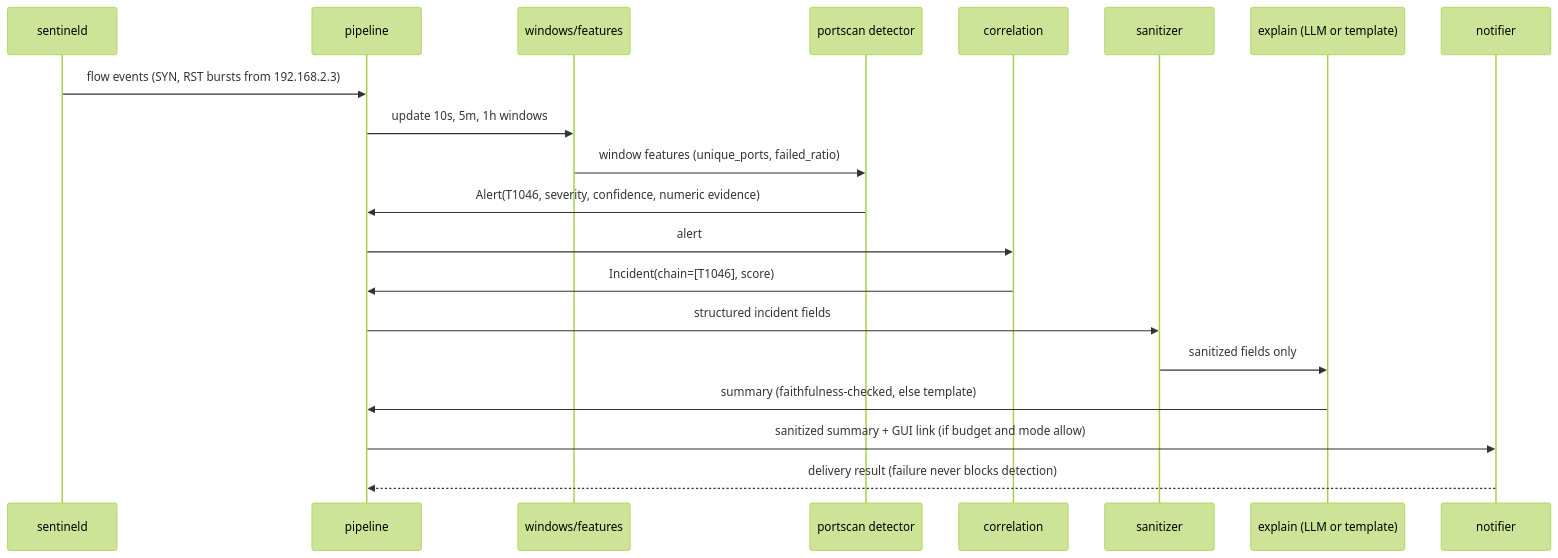
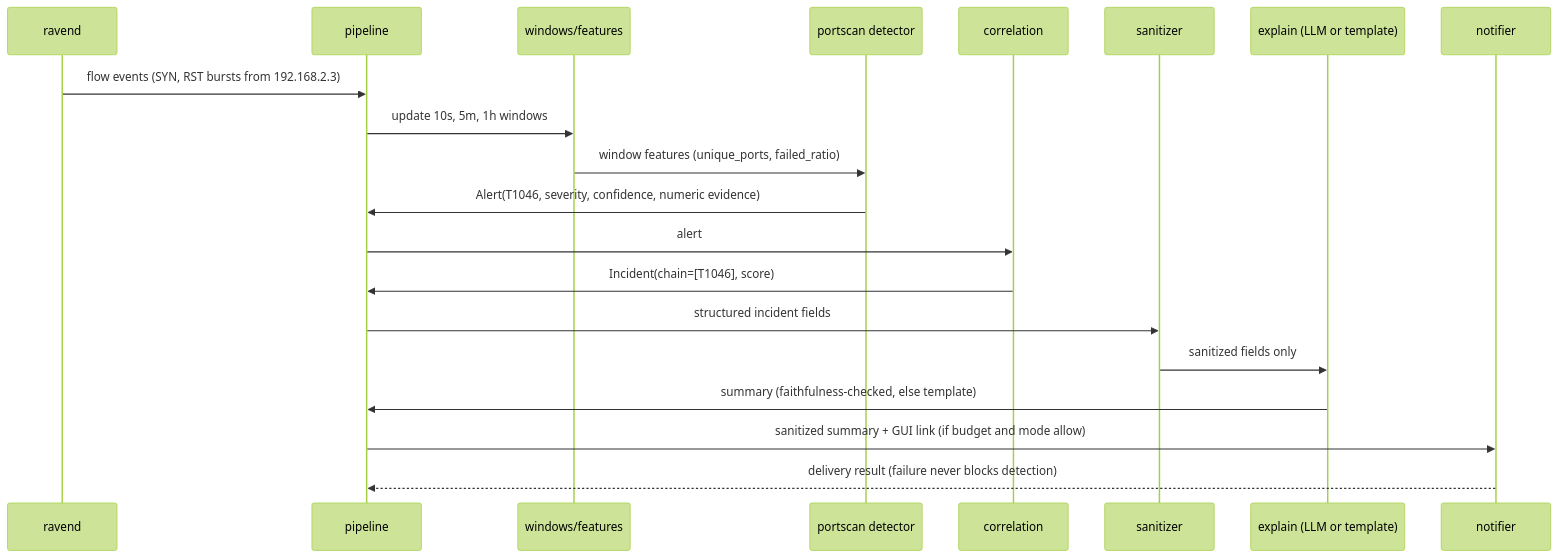
One commit to MRX-72/Hackt0b3r changed the diagram in docs/diagrams/07-detection-sequence.mmd. Above: the diagram before and after it, drawn with Mermaid (forest theme). The commit also changed 156 other files, not shown here.

```diff
--- a/docs/diagrams/07-detection-sequence.mmd
+++ b/docs/diagrams/07-detection-sequence.mmd
@@ -1,21 +1,21 @@
 %% 07 Sequence: a port scan from one host to an incident and a notification
 sequenceDiagram
-  participant S as sentineld
+  participant S as ravend
   participant P as pipeline
   participant W as windows/features
   participant D as portscan detector
   participant C as correlation
   participant Z as sanitizer
   participant E as explain (LLM or template)
   participant N as notifier
   S->>P: flow events (SYN, RST bursts from 192.168.2.3)
   P->>W: update 10s, 5m, 1h windows
   W->>D: window features (unique_ports, failed_ratio)
   D->>P: Alert(T1046, severity, confidence, numeric evidence)
   P->>C: alert
   C->>P: Incident(chain=[T1046], score)
   P->>Z: structured incident fields
   Z->>E: sanitized fields only
   E->>P: summary (faithfulness-checked, else template)
   P->>N: sanitized summary + GUI link (if budget and mode allow)
   N-->>P: delivery result (failure never blocks detection)
```
